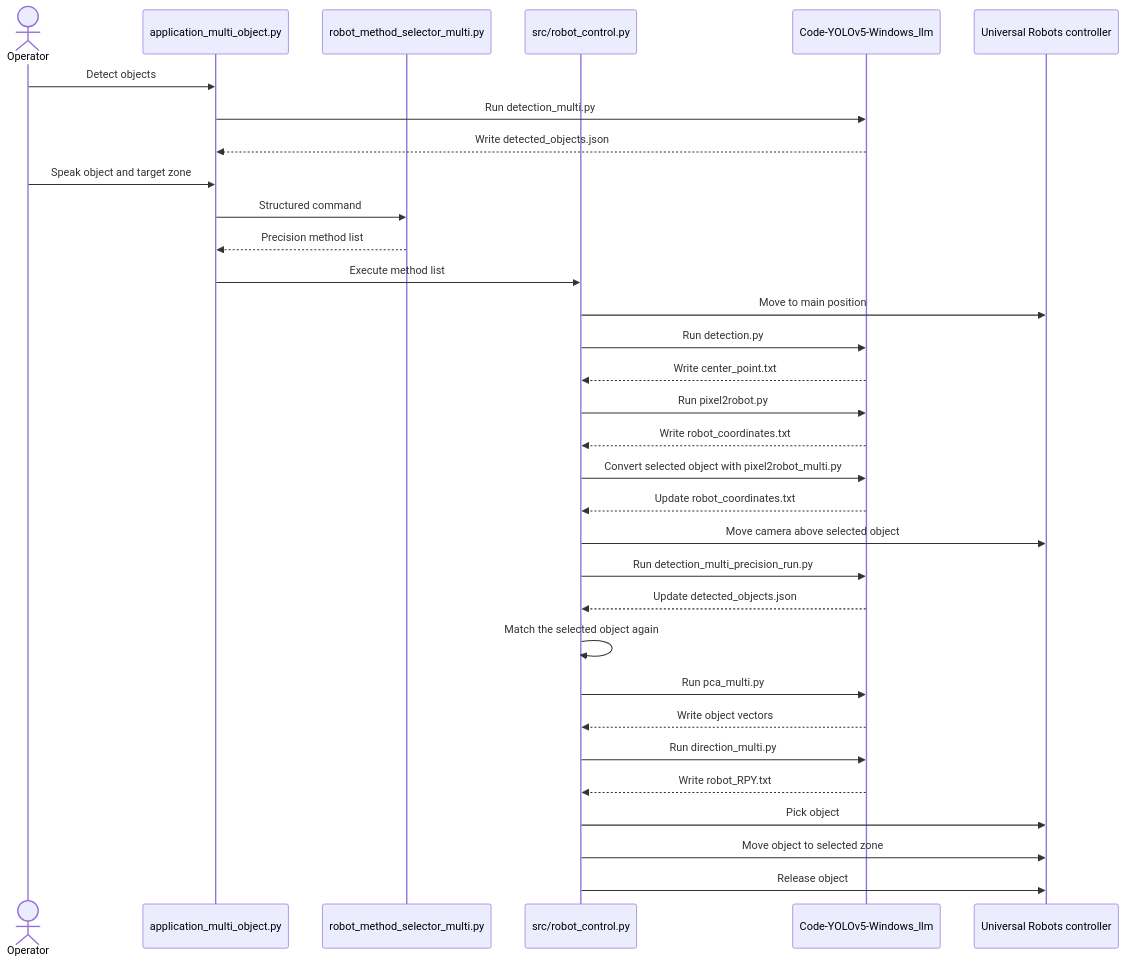
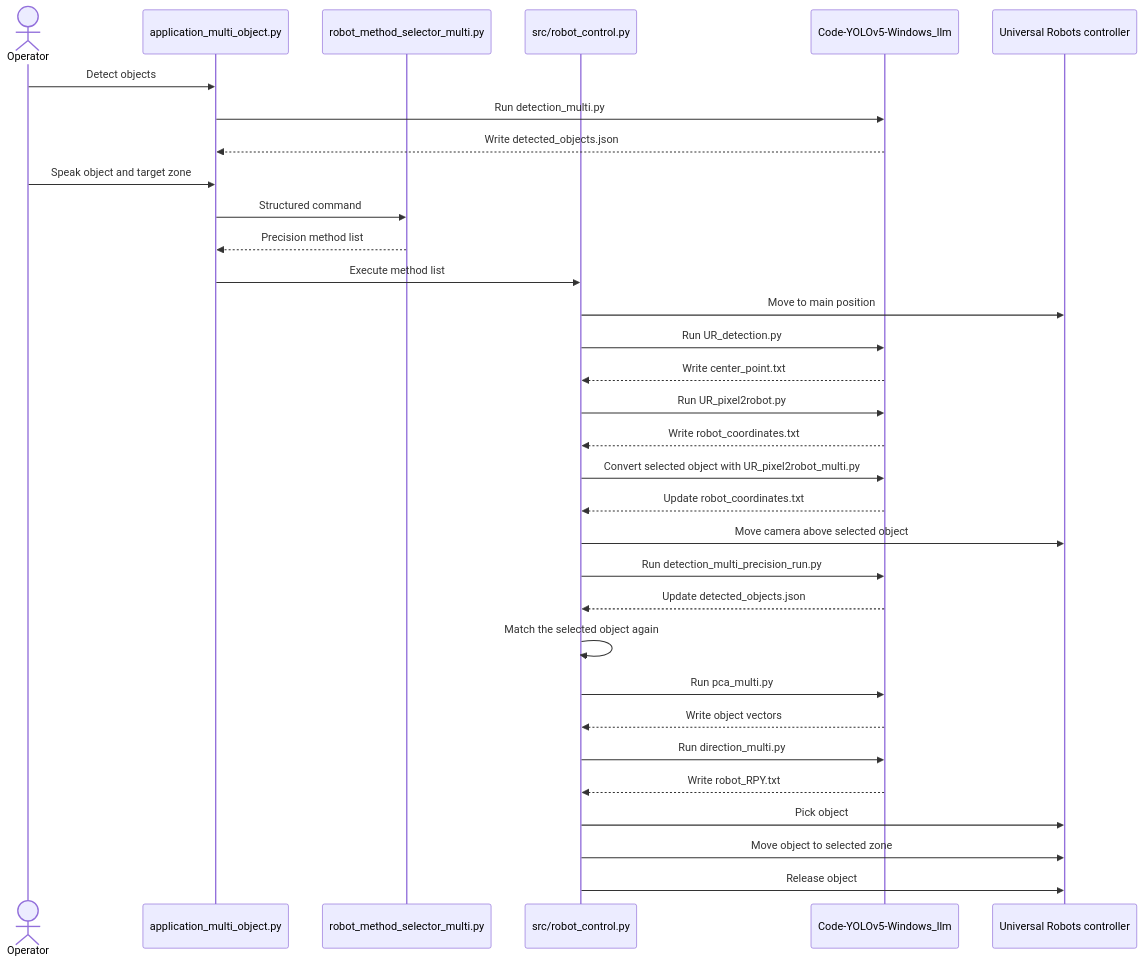
The fifth of 8 diagrams in UR_Audio_Steuerung_Using_LLM/OLD_NEW_SCRIPT_COMMUNICATION.md (Gaurang8200/MASTER_THESIS), drawn with Mermaid before and after one commit. The commit also changed other lines of this file and 107 other files, not shown here.

````diff
--- a/UR_Audio_Steuerung_Using_LLM/OLD_NEW_SCRIPT_COMMUNICATION.md
+++ b/UR_Audio_Steuerung_Using_LLM/OLD_NEW_SCRIPT_COMMUNICATION.md
@@ -187,35 +187,35 @@
 ```mermaid
 sequenceDiagram
     actor User as Operator
     participant App as application_multi_object.py
     participant Selector as robot_method_selector_multi.py
     participant Robot as src/robot_control.py
     participant Old as Code-YOLOv5-Windows_llm
     participant UR as Universal Robots controller
 
     User->>App: Detect objects
     App->>Old: Run detection_multi.py
     Old-->>App: Write detected_objects.json
     User->>App: Speak object and target zone
     App->>Selector: Structured command
     Selector-->>App: Precision method list
     App->>Robot: Execute method list
     Robot->>UR: Move to main position
-    Robot->>Old: Run detection.py
+    Robot->>Old: Run UR_detection.py
     Old-->>Robot: Write center_point.txt
-    Robot->>Old: Run pixel2robot.py
+    Robot->>Old: Run UR_pixel2robot.py
     Old-->>Robot: Write robot_coordinates.txt
-    Robot->>Old: Convert selected object with pixel2robot_multi.py
+    Robot->>Old: Convert selected object with UR_pixel2robot_multi.py
     Old-->>Robot: Update robot_coordinates.txt
     Robot->>UR: Move camera above selected object
     Robot->>Old: Run detection_multi_precision_run.py
     Old-->>Robot: Update detected_objects.json
     Robot->>Robot: Match the selected object again
     Robot->>Old: Run pca_multi.py
     Old-->>Robot: Write object vectors
     Robot->>Old: Run direction_multi.py
     Old-->>Robot: Write robot_RPY.txt
     Robot->>UR: Pick object
     Robot->>UR: Move object to selected zone
     Robot->>UR: Release object
 ```
````
